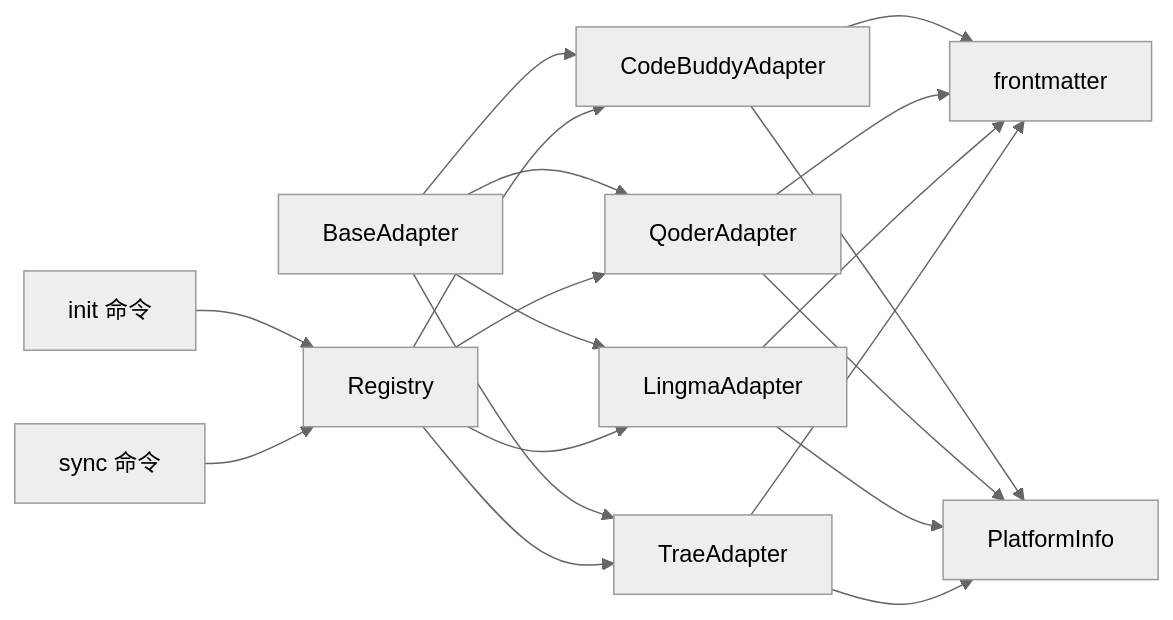
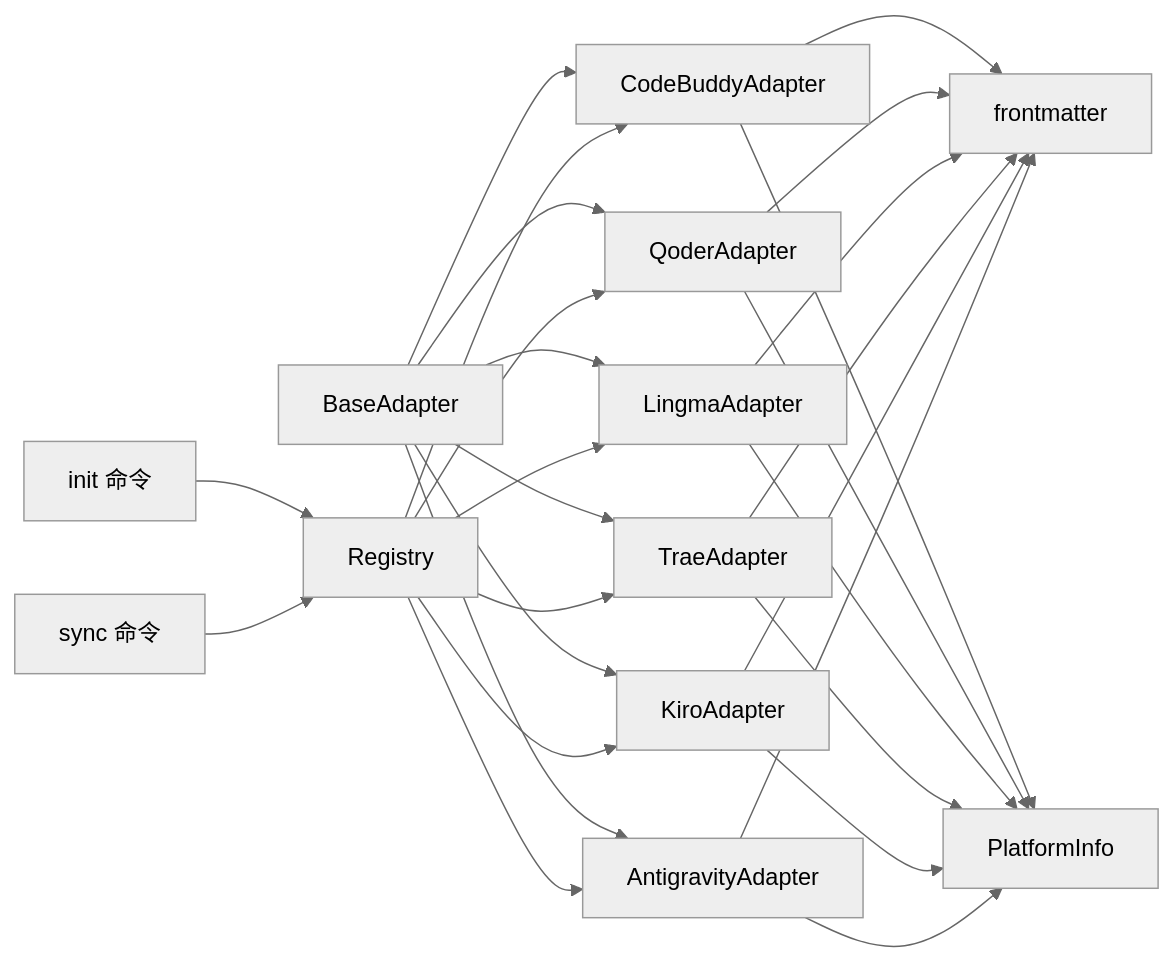
Before and after one commit to MapleWan/MSR: diagram 11 of 11 in .qoder/repowiki/zh/content/IDE适配器/具体适配器实现/具体适配器实现.md, drawn with Mermaid (neutral theme). The commit also changed other lines of this file and 5 other files, not shown here.

````diff
--- a/.qoder/repowiki/zh/content/IDE适配器/具体适配器实现/具体适配器实现.md
+++ b/.qoder/repowiki/zh/content/IDE适配器/具体适配器实现/具体适配器实现.md
@@ -382,21 +505,29 @@
 ```mermaid
 graph LR
 Base["BaseAdapter"] --> CB["CodeBuddyAdapter"]
 Base --> QD["QoderAdapter"]
 Base --> LM["LingmaAdapter"]
 Base --> TR["TraeAdapter"]
+Base --> KI["KiroAdapter"]
+Base --> AG["AntigravityAdapter"]
 CB --> FM["frontmatter"]
 QD --> FM
 LM --> FM
 TR --> FM
+KI --> FM
+AG --> FM
 CB --> PL["PlatformInfo"]
 QD --> PL
 LM --> PL
 TR --> PL
+KI --> PL
+AG --> PL
 REG["Registry"] --> CB
 REG --> QD
 REG --> LM
 REG --> TR
+REG --> KI
+REG --> AG
 INIT["init 命令"] --> REG
 SYNC["sync 命令"] --> REG
 ```
````
